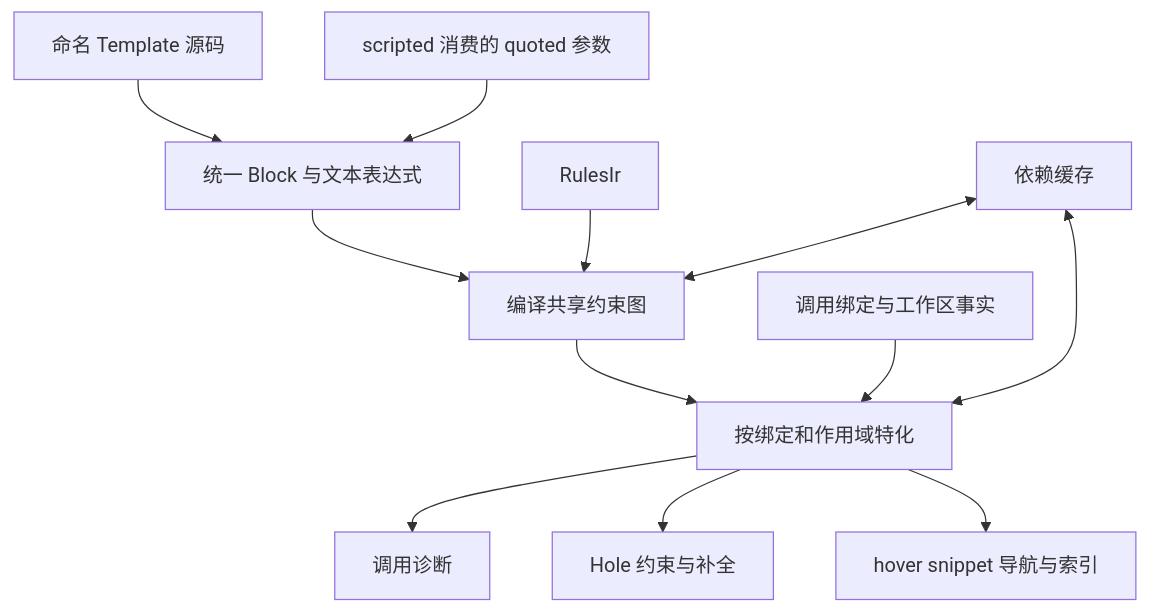
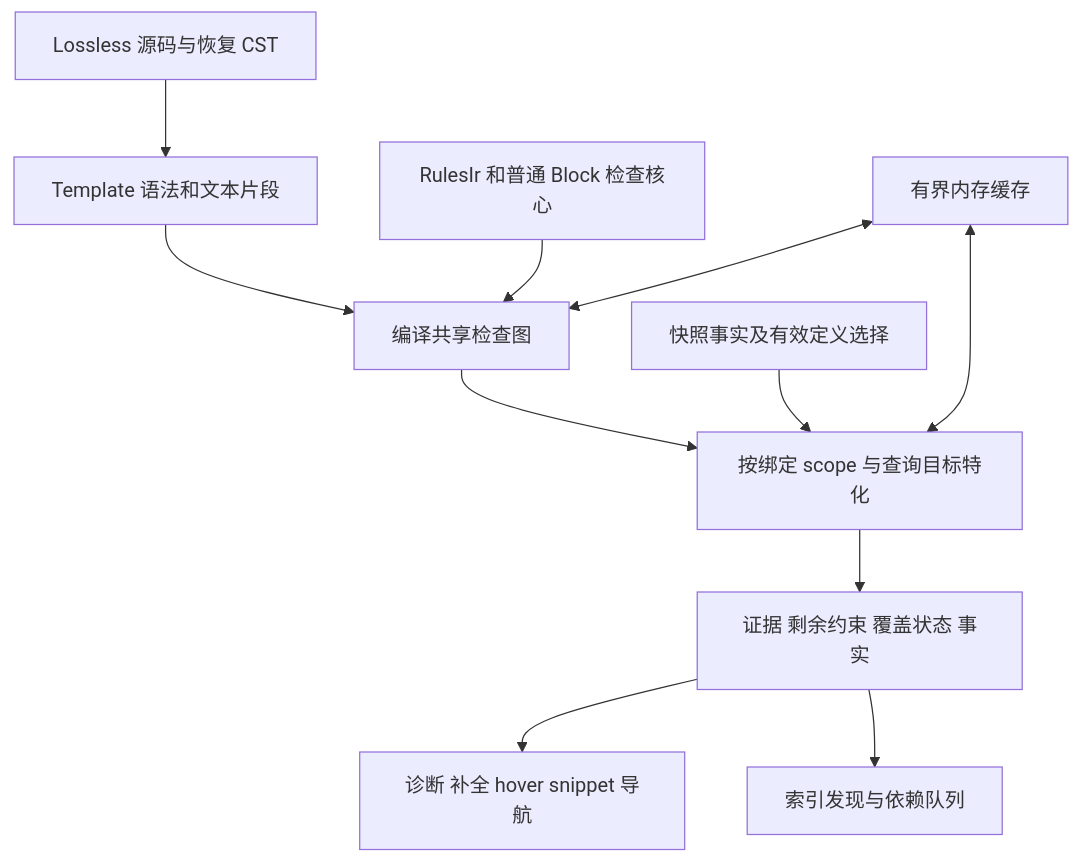
Before and after one commit to danxiaogu520/ParadoxCode: the diagram in crates/hir/TEMPLATE-PROPOSAL.md, drawn with Mermaid. The commit also changed other lines of this file, not shown here.

Commit message:
docs(hir): revise Template design against current semantics

````diff
--- a/crates/hir/TEMPLATE-PROPOSAL.md
+++ b/crates/hir/TEMPLATE-PROPOSAL.md
@@ -68,14 +88,13 @@
 ```mermaid
 flowchart TD
-    A[命名 Template 源码] --> C[统一 Block 与文本表达式]
-    B[scripted 消费的 quoted 参数] --> C
-    C --> D[编译共享约束图]
-    R[RulesIr] --> D
-    D --> E[按绑定和作用域特化]
-    I[调用绑定与工作区事实] --> E
-    E --> F[调用诊断]
-    E --> G[Hole 约束与补全]
-    E --> H[hover snippet 导航与索引]
-    K[依赖缓存] <--> D
-    K <--> E
+    A[Lossless 源码与恢复 CST] --> B[Template 语法和文本片段]
+    B --> C[编译共享检查图]
+    R[RulesIr 和普通 Block 检查核心] --> C
+    C --> D[按绑定 scope 与查询目标特化]
+    F[快照事实及有效定义选择] --> D
+    D --> E[证据 剩余约束 覆盖状态 事实]
+    E --> I[诊断 补全 hover snippet 导航]
+    E --> J[索引发现与依赖队列]
+    K[有界内存缓存] <--> C
+    K <--> D
 ```
````
